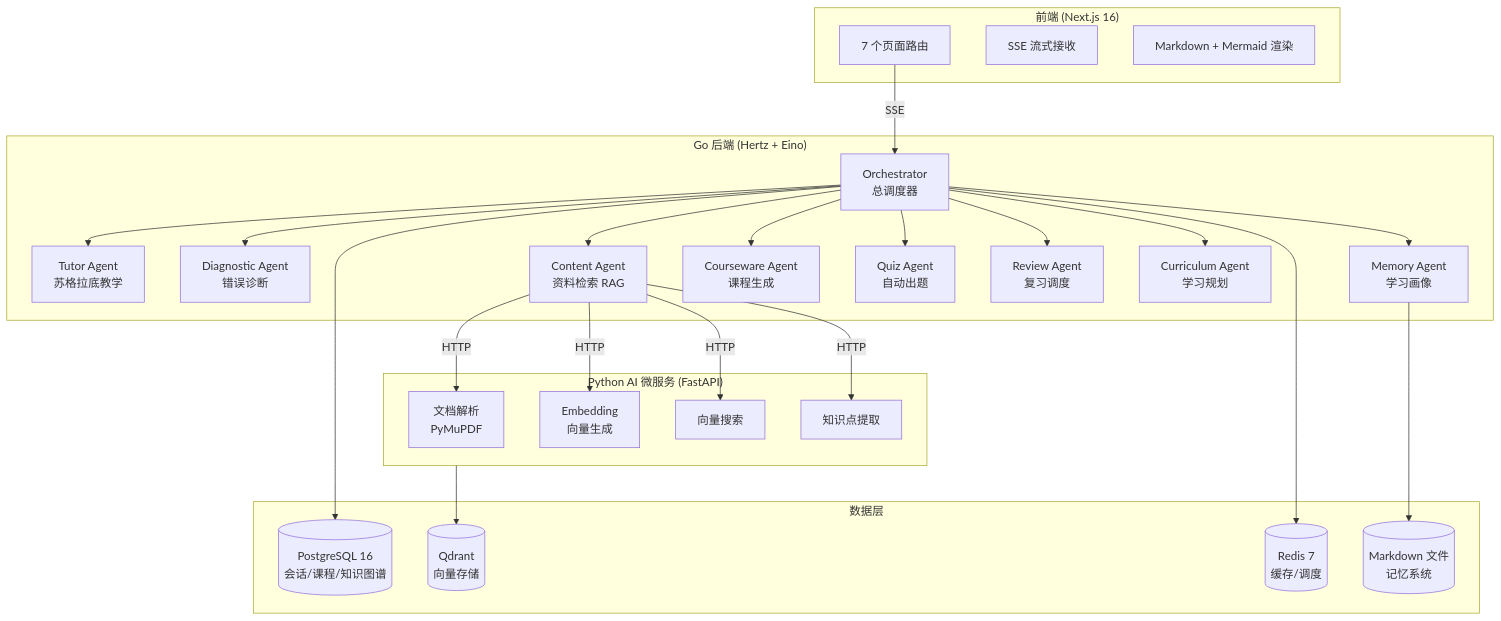
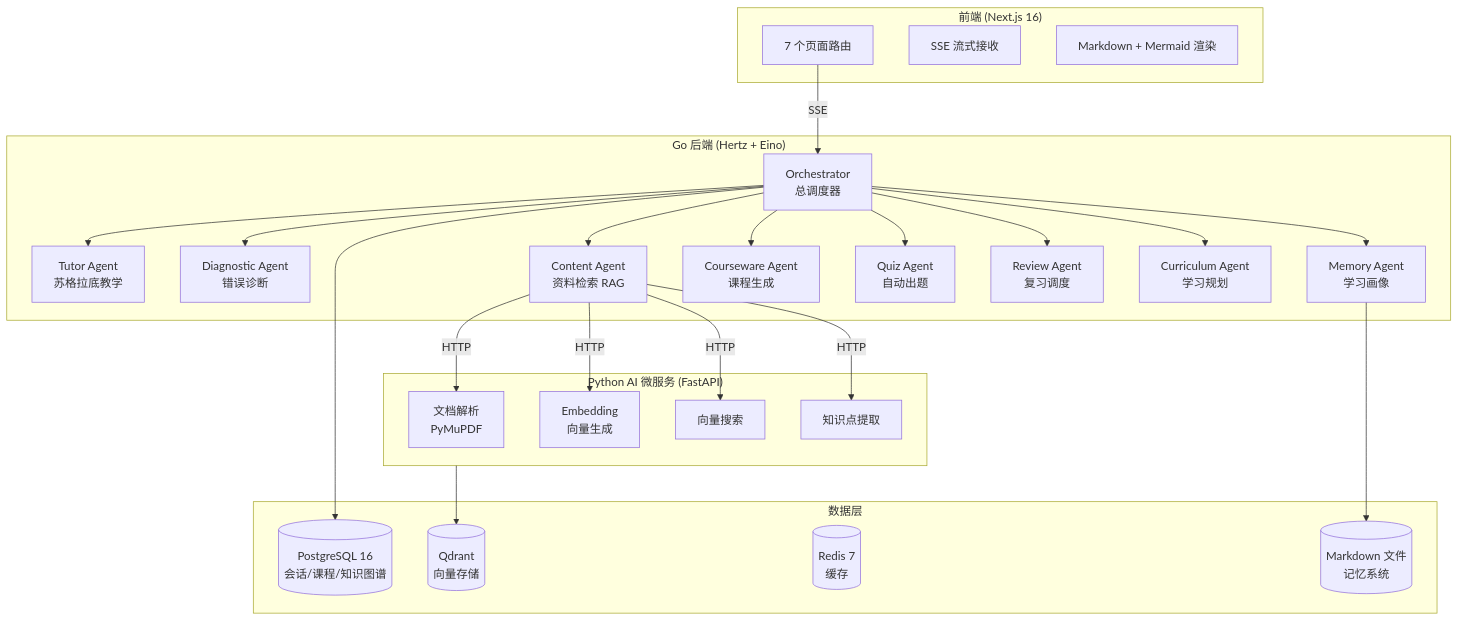
One commit to nothasson/MindFlow changed the first of 6 diagrams in README.md. Above: the diagram before and after it, drawn with Mermaid. The commit also changed other lines of this file and 7 other files, not shown here.

````diff
--- a/README.md
+++ b/README.md
@@ -25,42 +49,41 @@
 ```mermaid
 graph TB
     subgraph Frontend["前端 (Next.js 16)"]
         UI[7 个页面路由]
         SSE[SSE 流式接收]
         MD[Markdown + Mermaid 渲染]
     end
 
     subgraph Backend["Go 后端 (Hertz + Eino)"]
         Orch[Orchestrator<br/>总调度器]
         Tutor[Tutor Agent<br/>苏格拉底教学]
         Diag[Diagnostic Agent<br/>错误诊断]
         Mem[Memory Agent<br/>学习画像]
         Content[Content Agent<br/>资料检索 RAG]
         Course[Courseware Agent<br/>课程生成]
         Quiz[Quiz Agent<br/>自动出题]
         Review[Review Agent<br/>复习调度]
         Curri[Curriculum Agent<br/>学习规划]
     end
 
     subgraph AI["Python AI 微服务 (FastAPI)"]
         Parse[文档解析<br/>PyMuPDF]
         Embed[Embedding<br/>向量生成]
         Search[向量搜索]
         Extract[知识点提取]
     end
 
     subgraph Data["数据层"]
         PG[(PostgreSQL 16<br/>会话/课程/知识图谱)]
         QD[(Qdrant<br/>向量存储)]
-        Redis[(Redis 7<br/>缓存/调度)]
+        Redis[(Redis 7<br/>缓存)]
         Files[("Markdown 文件<br/>记忆系统")]
     end
 
     UI -->|SSE| Orch
     Orch --> Tutor & Diag & Mem & Content & Course & Quiz & Review & Curri
     Content -->|HTTP| Parse & Embed & Search & Extract
     Orch --> PG
     AI --> QD
     Mem --> Files
-    Orch --> Redis
 ```
````
